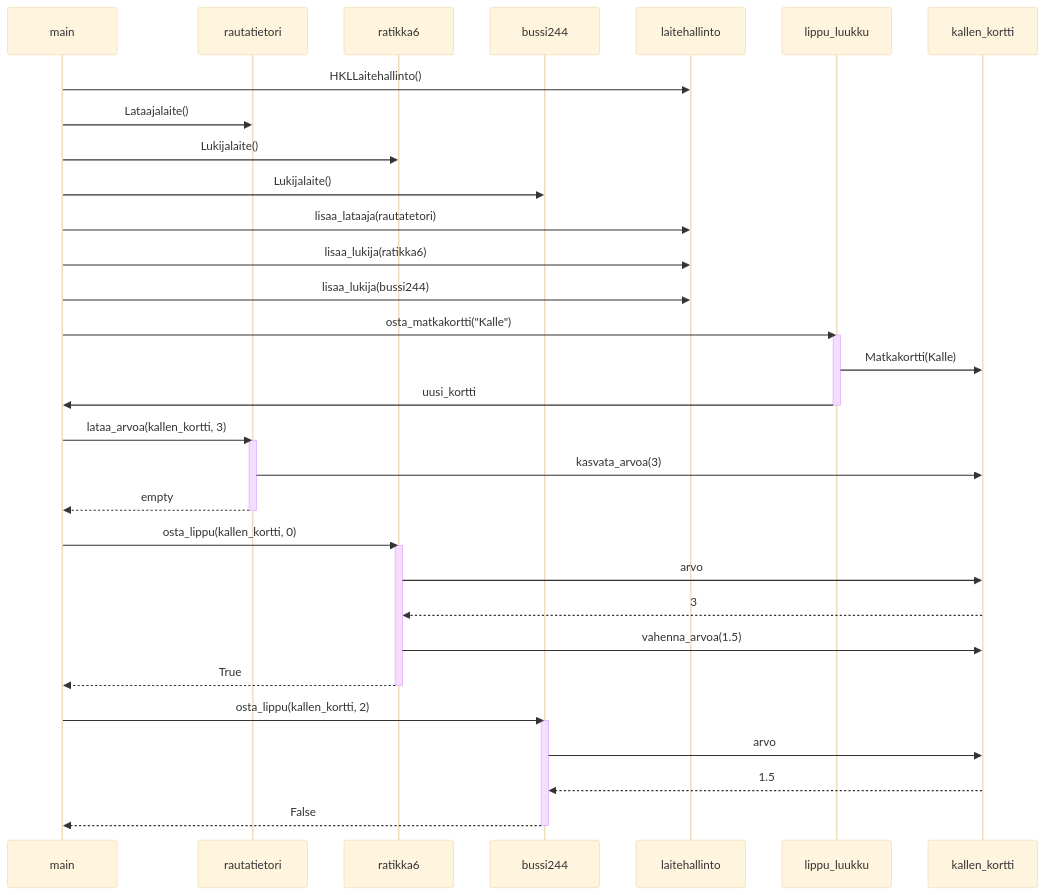
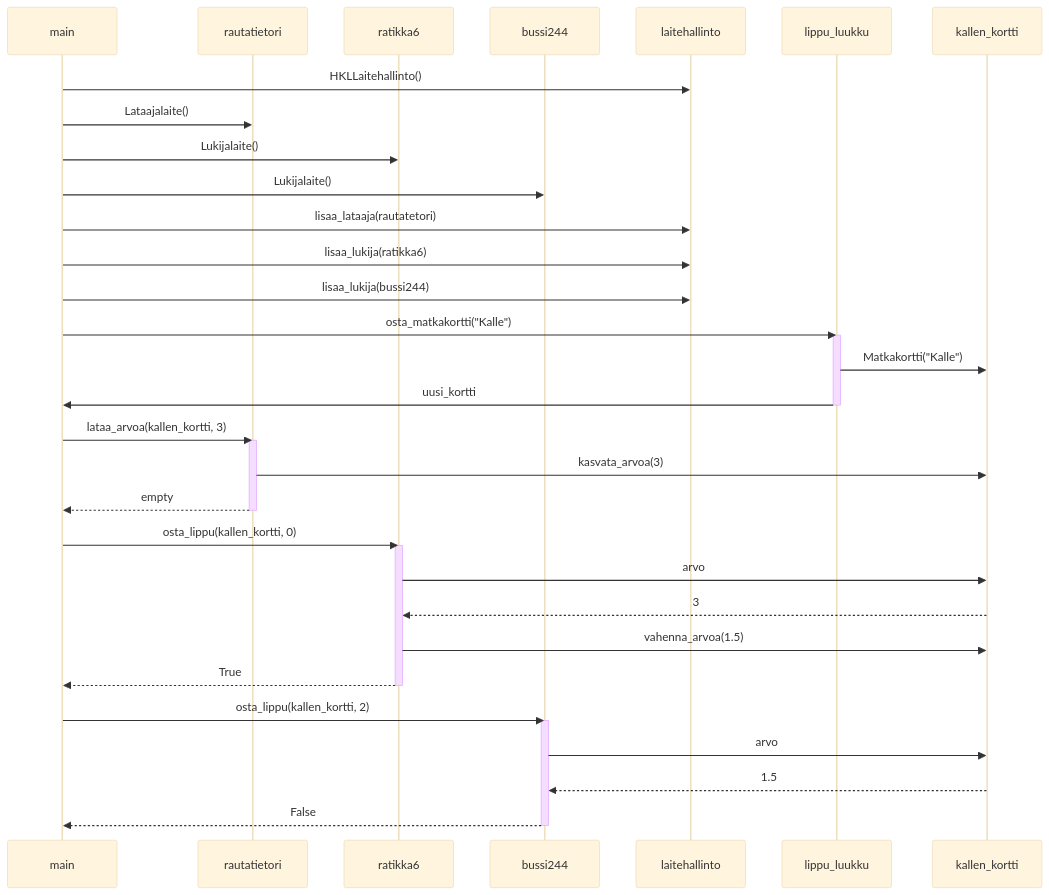
Before and after one commit to Rasper-ux/ot-harjoitustyo: the diagram in laskarit/viikko3/sekvenssikaavio.md, drawn with Mermaid (base theme).

Commit message:
Updated sekvenssikaavio

````diff
--- a/laskarit/viikko3/sekvenssikaavio.md
+++ b/laskarit/viikko3/sekvenssikaavio.md
@@ -1,39 +1,39 @@
 ```mermaid
  sequenceDiagram
     participant main
     participant rautatietori
     participant ratikka6
     participant bussi244
     participant laitehallinto
     participant lippu_luukku
     main ->> laitehallinto: HKLLaitehallinto()
     main ->> rautatietori: Lataajalaite()
     main ->> ratikka6: Lukijalaite()
     main ->> bussi244: Lukijalaite()
     main ->> laitehallinto: lisaa_lataaja(rautatetori)
     main ->> laitehallinto: lisaa_lukija(ratikka6)
     main ->> laitehallinto: lisaa_lukija(bussi244)
     main ->> lippu_luukku: osta_matkakortti("Kalle")
     activate lippu_luukku
-    lippu_luukku ->> kallen_kortti: Matkakortti(Kalle)
+    lippu_luukku ->> kallen_kortti: Matkakortti("Kalle")
     lippu_luukku ->> main: uusi_kortti
     deactivate lippu_luukku
     main ->> rautatietori: lataa_arvoa(kallen_kortti, 3)
     activate rautatietori
     rautatietori ->> kallen_kortti: kasvata_arvoa(3)
     rautatietori -->> main: empty
     deactivate rautatietori
     main ->> ratikka6: osta_lippu(kallen_kortti, 0)
     activate ratikka6
     ratikka6 ->> kallen_kortti: arvo
     kallen_kortti -->> ratikka6: 3
     ratikka6 ->> kallen_kortti: vahenna_arvoa(1.5)
     ratikka6 -->> main: True
     deactivate ratikka6
     main ->> bussi244: osta_lippu(kallen_kortti, 2)
     activate bussi244
     bussi244 ->> kallen_kortti: arvo
     kallen_kortti -->> bussi244: 1.5
     bussi244 -->> main: False
     deactivate bussi244
 ```
````
